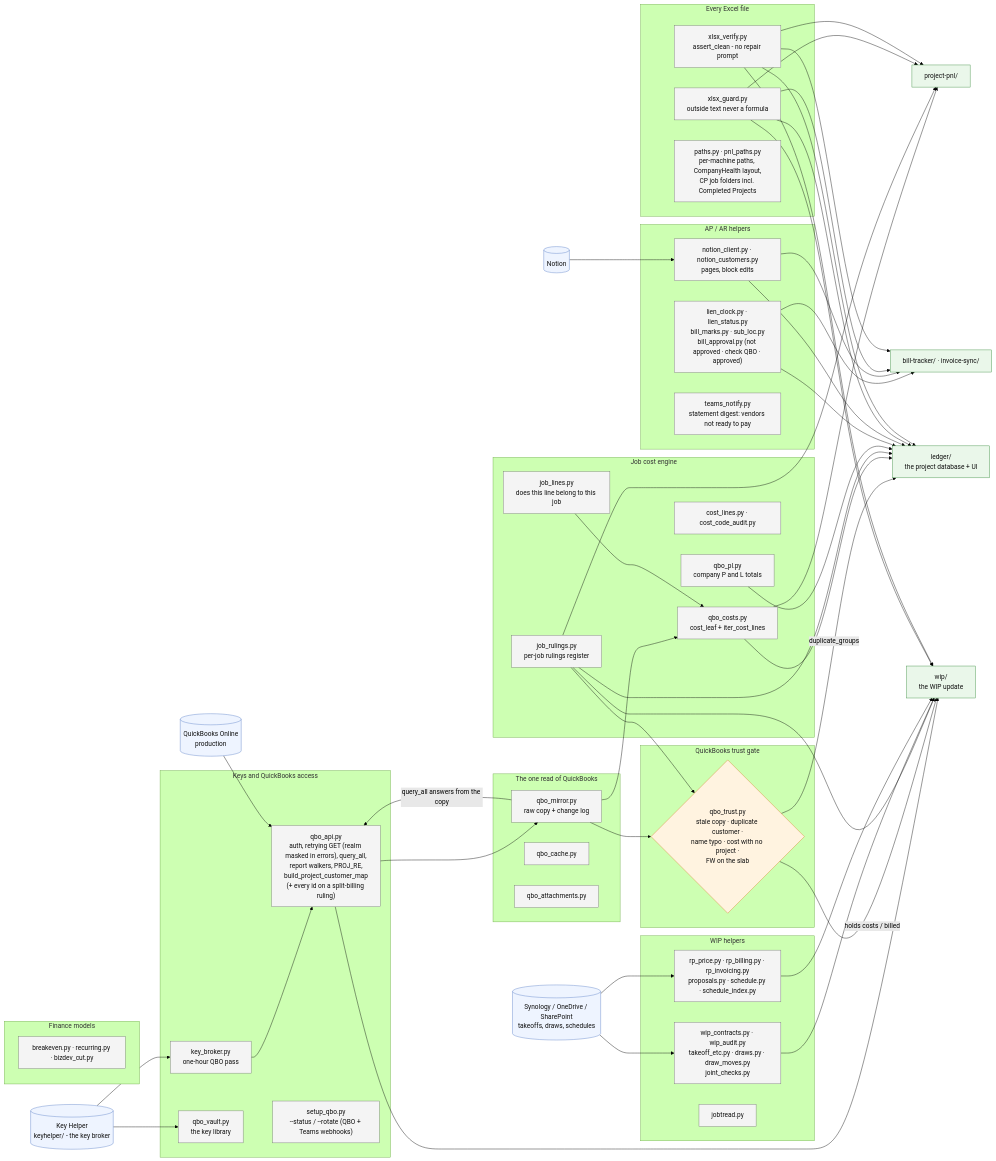
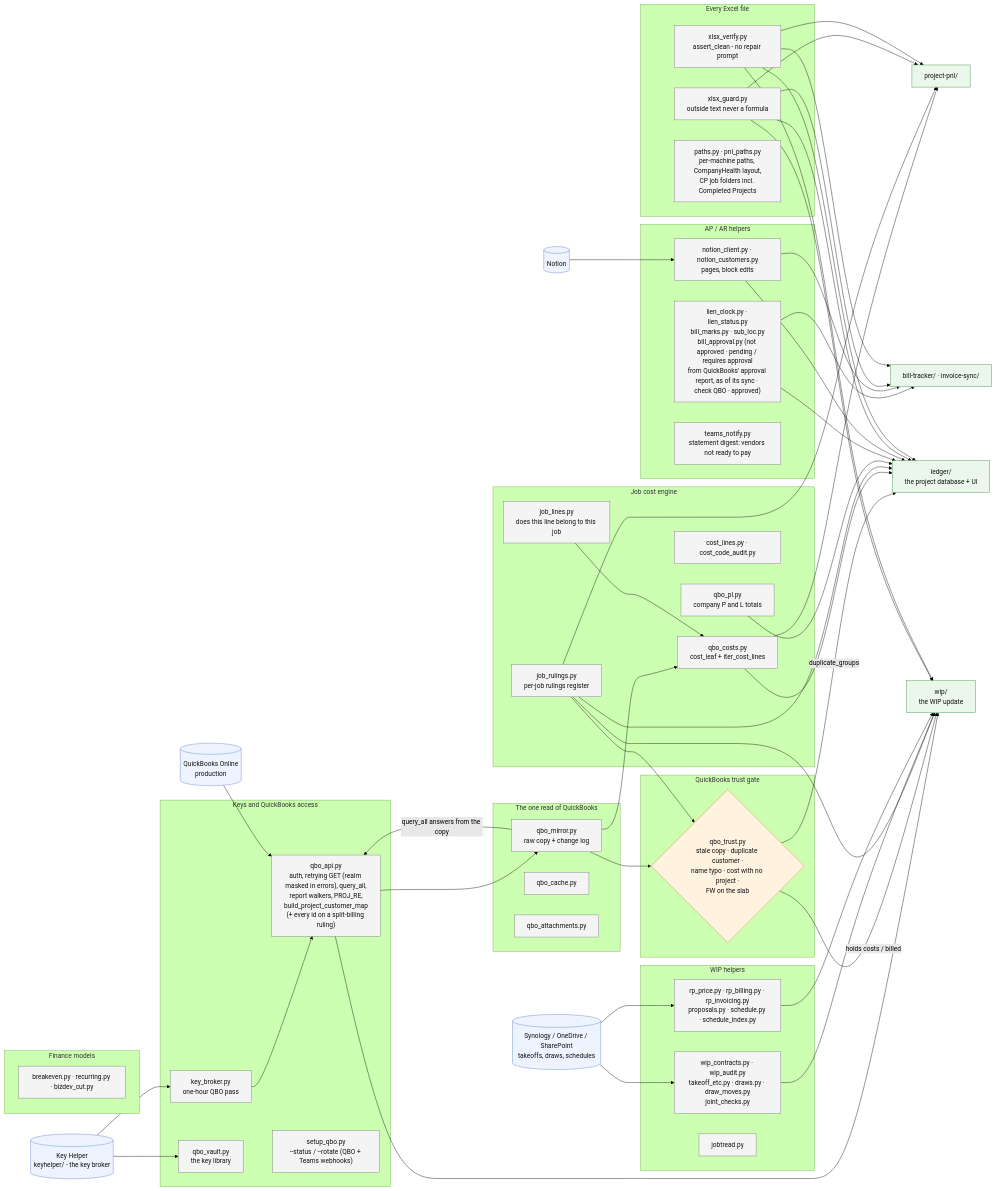
One commit to Ecarlo-Proficient/Claude-Report changed the diagram in shared/FLOW.md. Above: the diagram before and after it, drawn with Mermaid (forest theme). The commit also changed other lines of this file and 18 other files, not shown here.

```diff
--- a/shared/FLOW.md
+++ b/shared/FLOW.md
@@ -75,7 +75,7 @@
     FILES --> WC & RPP
 
     subgraph LIEN["AP / AR helpers"]
-        LC["lien_clock.py · lien_status.py<br/>bill_marks.py · sub_loc.py<br/>bill_approval.py (not approved · check QBO · approved)"]:::mod
+        LC["lien_clock.py · lien_status.py<br/>bill_marks.py · sub_loc.py<br/>bill_approval.py (not approved · pending / requires approval<br/>from QuickBooks' approval report, as of its sync · check QBO · approved)"]:::mod
         NC["notion_client.py · notion_customers.py<br/>pages, block edits"]:::mod
         TN["teams_notify.py<br/>statement digest: vendors not ready to pay"]:::mod
     end
```
